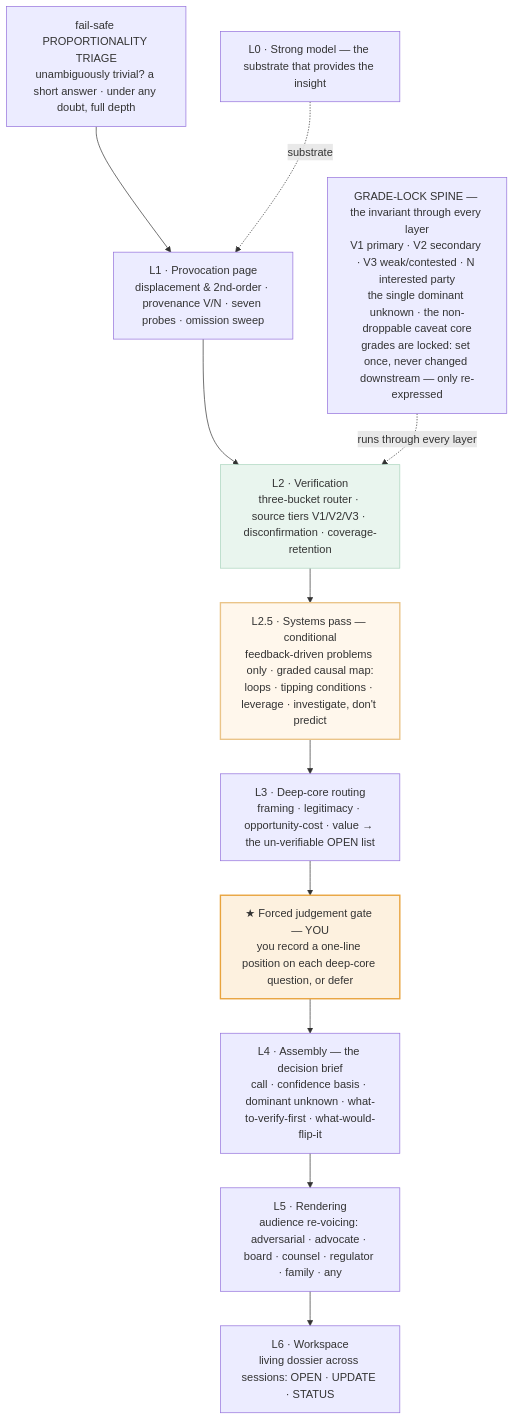
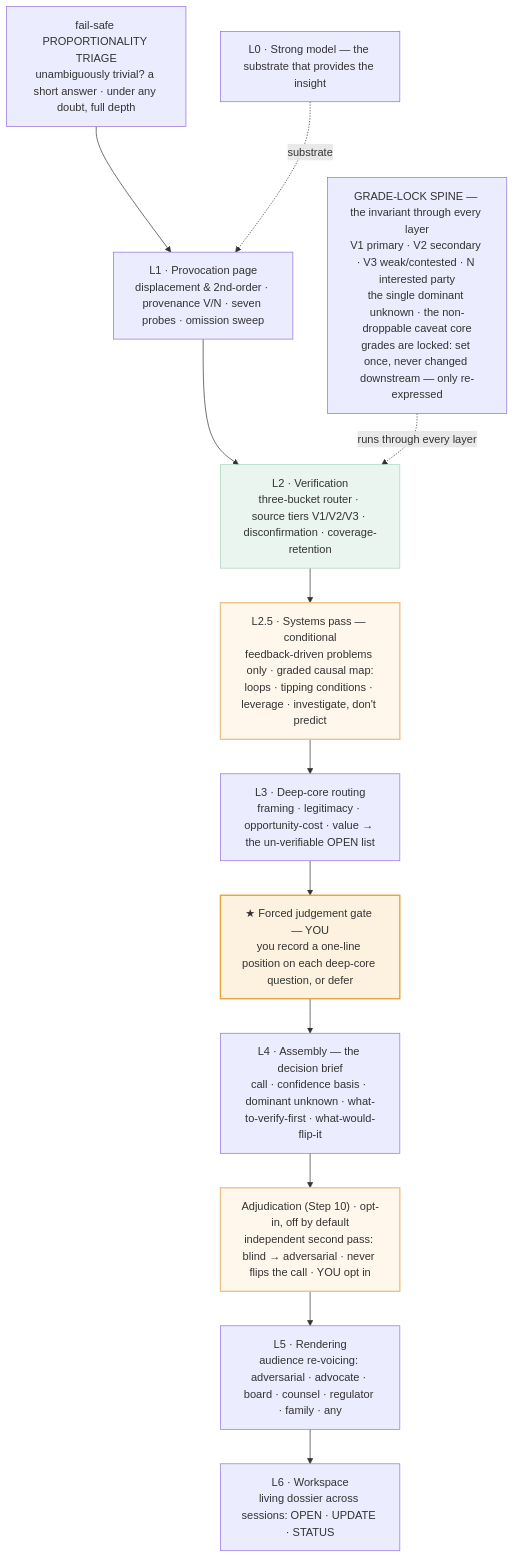
The first of 2 diagrams in docs/User-Operating-Guide.md (ComplexAR/Insight-Engine), drawn with Mermaid before and after one commit. The commit also changed other lines of this file and 9 other files, not shown here.

````diff
--- a/docs/User-Operating-Guide.md
+++ b/docs/User-Operating-Guide.md
@@ -46,21 +47,23 @@
 ```mermaid
 flowchart TD
     TR["fail-safe PROPORTIONALITY TRIAGE<br/>unambiguously trivial? a short answer · under any doubt, full depth"]
     TR --> L1["L1 · Provocation page<br/>displacement &amp; 2nd-order · provenance V/N · seven probes · omission sweep"]
     L1 --> L2["L2 · Verification<br/>three-bucket router · source tiers V1/V2/V3 · disconfirmation · coverage-retention"]
     L2 --> L25["L2.5 · Systems pass — conditional<br/>feedback-driven problems only · graded causal map:<br/>loops · tipping conditions · leverage · investigate, don't predict"]
     L25 --> L3["L3 · Deep-core routing<br/>framing · legitimacy · opportunity-cost · value → the un-verifiable OPEN list"]
     L3 --> GATE["★ Forced judgement gate — YOU<br/>you record a one-line position on each deep-core question, or defer"]
     GATE --> L4["L4 · Assembly — the decision brief<br/>call · confidence basis · dominant unknown · what-to-verify-first · what-would-flip-it"]
-    L4 --> L5["L5 · Rendering<br/>audience re-voicing: adversarial · advocate · board · counsel · regulator · family · any"]
+    L4 --> ADJ["Adjudication (Step 10) · opt-in, off by default<br/>independent second pass: blind → adversarial · never flips the call · YOU opt in"]
+    ADJ --> L5["L5 · Rendering<br/>audience re-voicing: adversarial · advocate · board · counsel · regulator · family · any"]
     L5 --> L6["L6 · Workspace<br/>living dossier across sessions: OPEN · UPDATE · STATUS"]
     L0["L0 · Strong model — the substrate that provides the insight"] -.->|substrate| L1
     SPINE["GRADE-LOCK SPINE — the invariant through every layer<br/>V1 primary · V2 secondary · V3 weak/contested · N interested party<br/>the single dominant unknown · the non-droppable caveat core<br/>grades are locked: set once, never changed downstream — only re-expressed"]
     SPINE -.->|runs through every layer| L2
     classDef gate fill:#fdf1df,stroke:#e8a33d,stroke-width:2px;
     classDef cond fill:#fff7ec,stroke:#eac489,stroke-width:2px;
     classDef green fill:#e9f5ee,stroke:#a9d4bd;
     class GATE gate;
     class L25 cond;
+    class ADJ cond;
     class L2 green;
 ```
````
